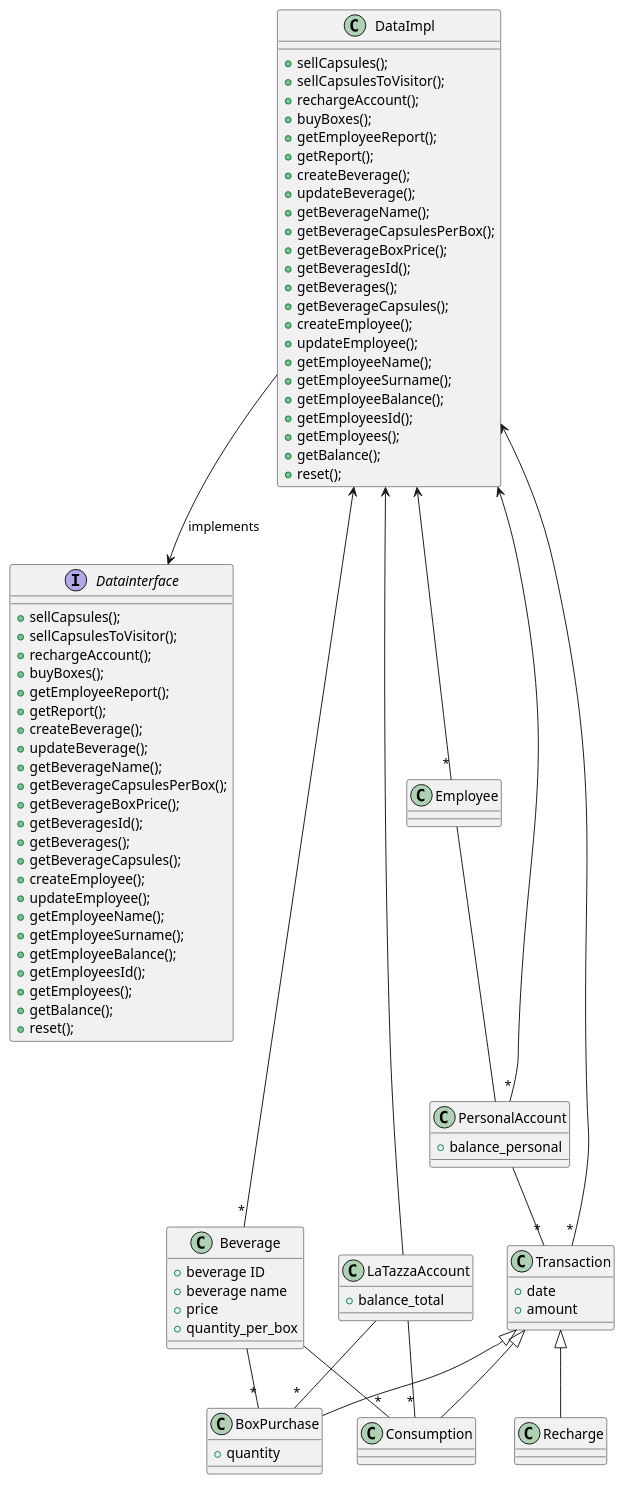
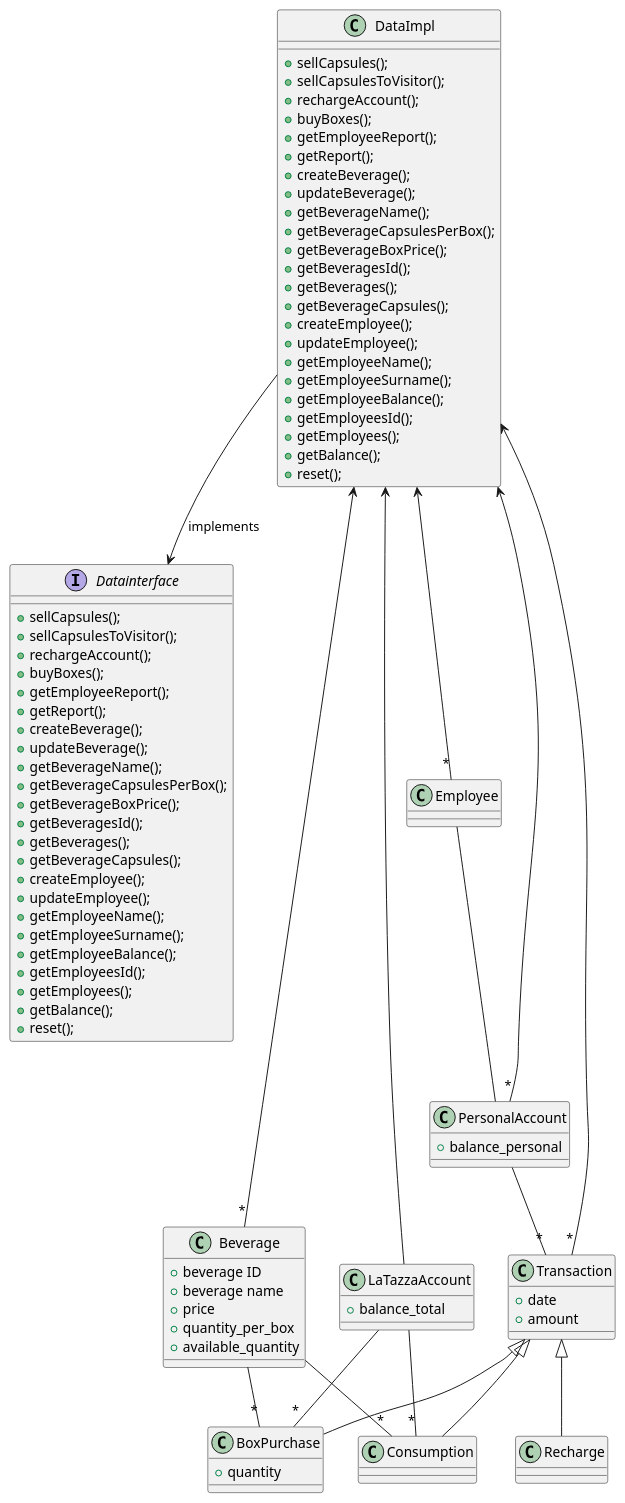
The third of 7 diagrams in templates/DesignDocumentTemplate.md (salvatore-dimartino/LaTazza), drawn with PlantUML before and after one commit.

```diff
--- a/templates/DesignDocumentTemplate.md
+++ b/templates/DesignDocumentTemplate.md
@@ -141,6 +141,7 @@
 + beverage name
 + price
 + quantity_per_box
++ available_quantity
 }
 
 class BoxPurchase {
```
